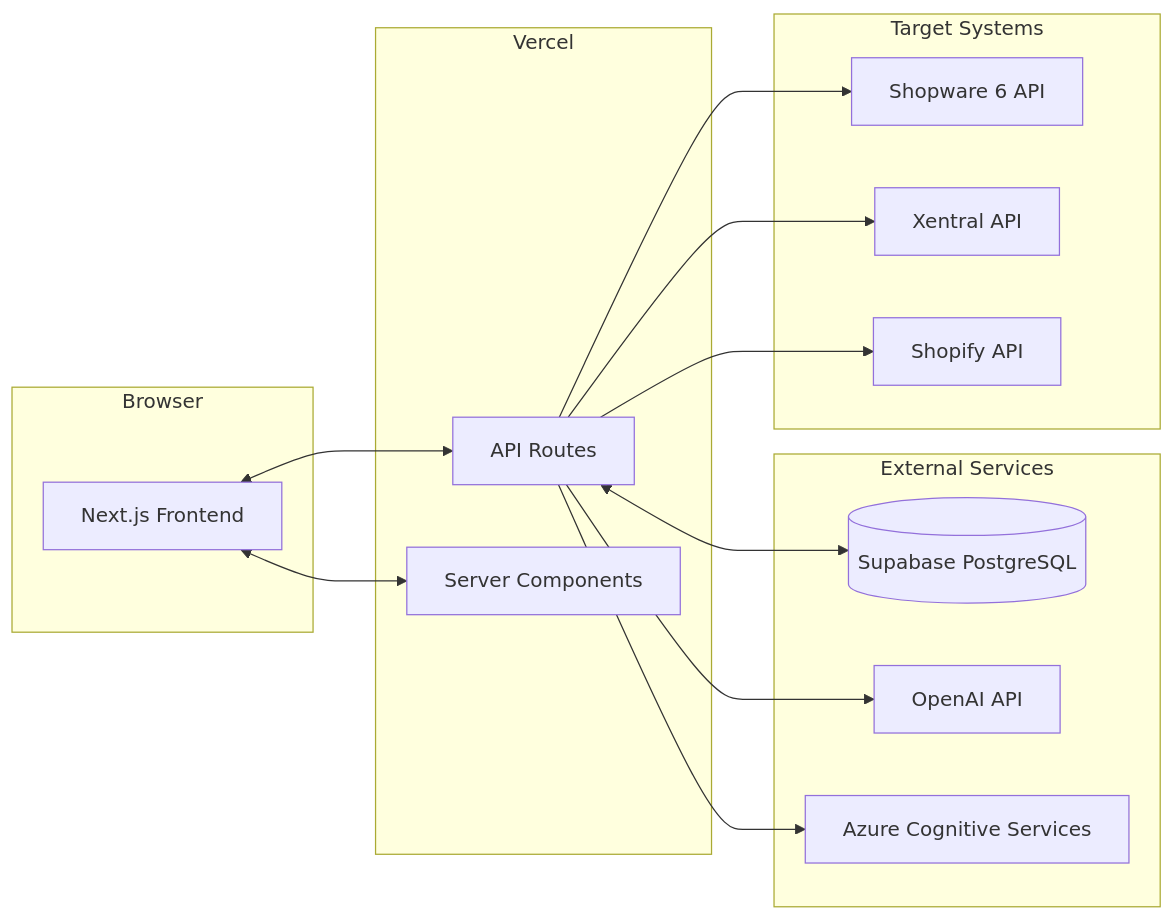
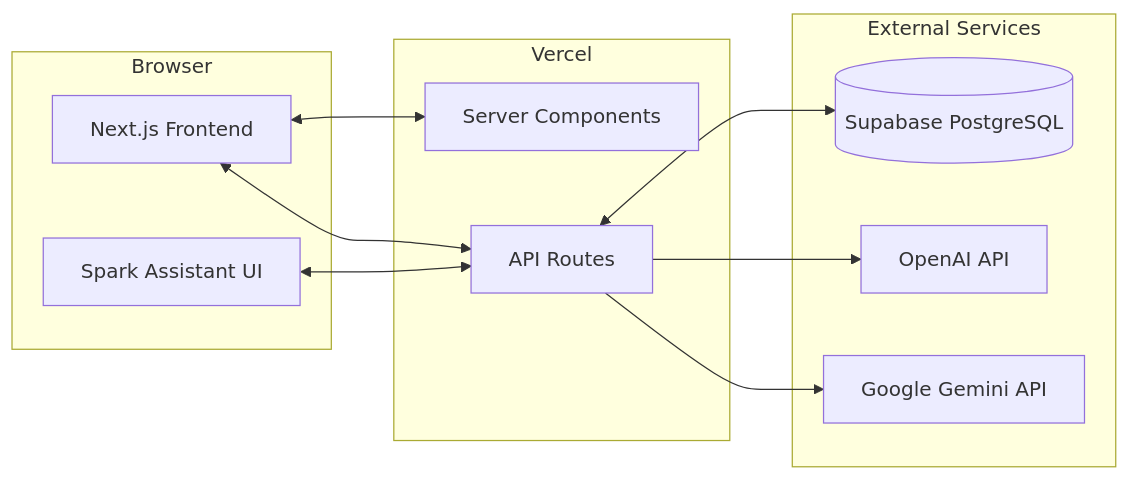
Before and after one commit to alexvcodesphere/ingestry: the second of 6 diagrams in docs/arc42.md, drawn with Mermaid. The commit also changed other lines of this file and 6 other files, not shown here.

````diff
--- a/docs/arc42.md
+++ b/docs/arc42.md
@@ -108,32 +120,25 @@
 ```mermaid
 flowchart LR
     subgraph Browser
         UI[Next.js Frontend]
+        Spark[Spark Assistant UI]
     end
 
     subgraph Vercel
         API[API Routes]
         SSR[Server Components]
     end
 
     subgraph External Services
         Supabase[(Supabase PostgreSQL)]
         OpenAI[OpenAI API]
-        Azure[Azure Cognitive Services]
-    end
-
-    subgraph Target Systems
-        SW[Shopware 6 API]
-        XT[Xentral API]
-        SF[Shopify API]
+        Gemini[Google Gemini API]
     end
 
     UI <--> SSR
     UI <--> API
+    Spark <--> API
     API <--> Supabase
     API --> OpenAI
-    API --> Azure
-    API --> SW
-    API --> XT
-    API --> SF
+    API --> Gemini
 ```
````
